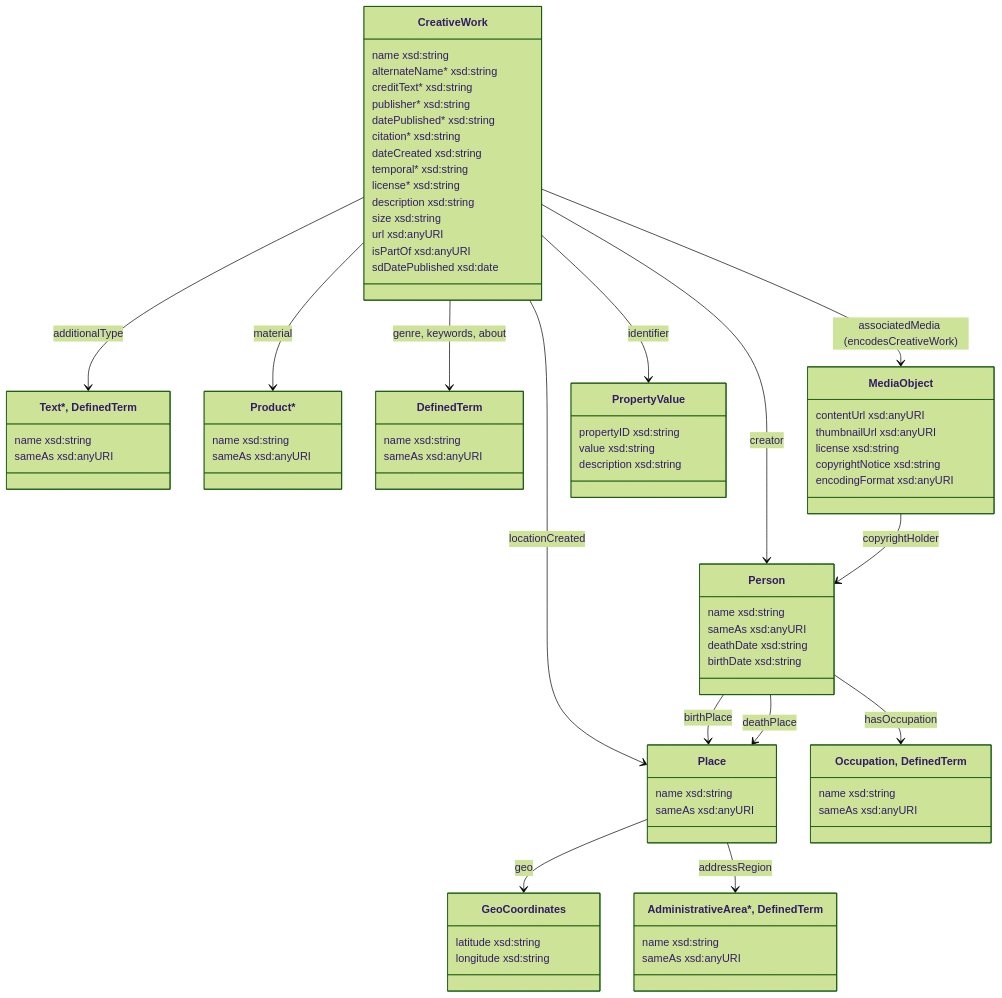
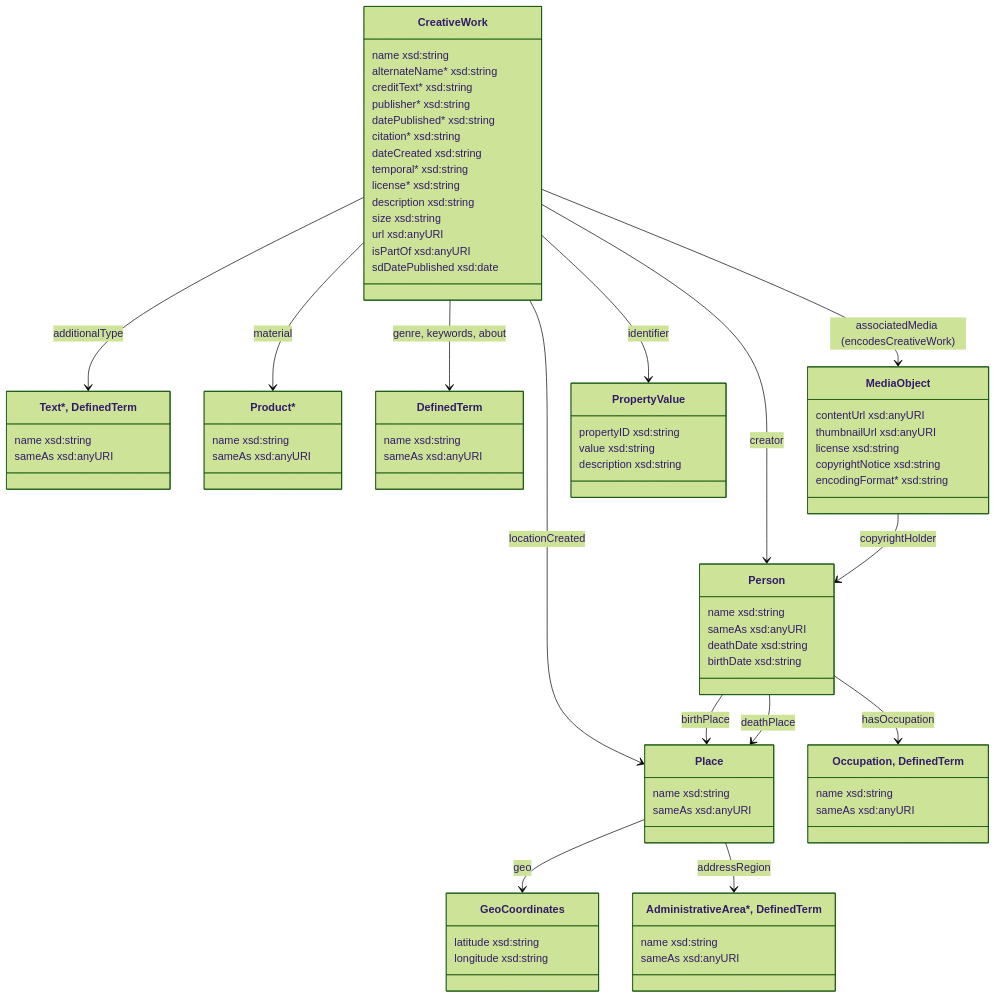
One commit to collectienederland/schema-profile changed the first of 5 diagrams in docs/datamodel.md. Above: the diagram before and after it, drawn with Mermaid. The commit also changed other lines of this file and 1 other file, not shown here.

```diff
--- a/docs/datamodel.md
+++ b/docs/datamodel.md
@@ -86,7 +85,7 @@
   thumbnailUrl xsd:anyURI
   license xsd:string
   copyrightNotice xsd:string
-  encodingFormat xsd:anyURI
+  encodingFormat* xsd:string
 }
 creativework --> mediaobject: associatedMedia (encodesCreativeWork)
 mediaobject --> person:copyrightHolder
```
